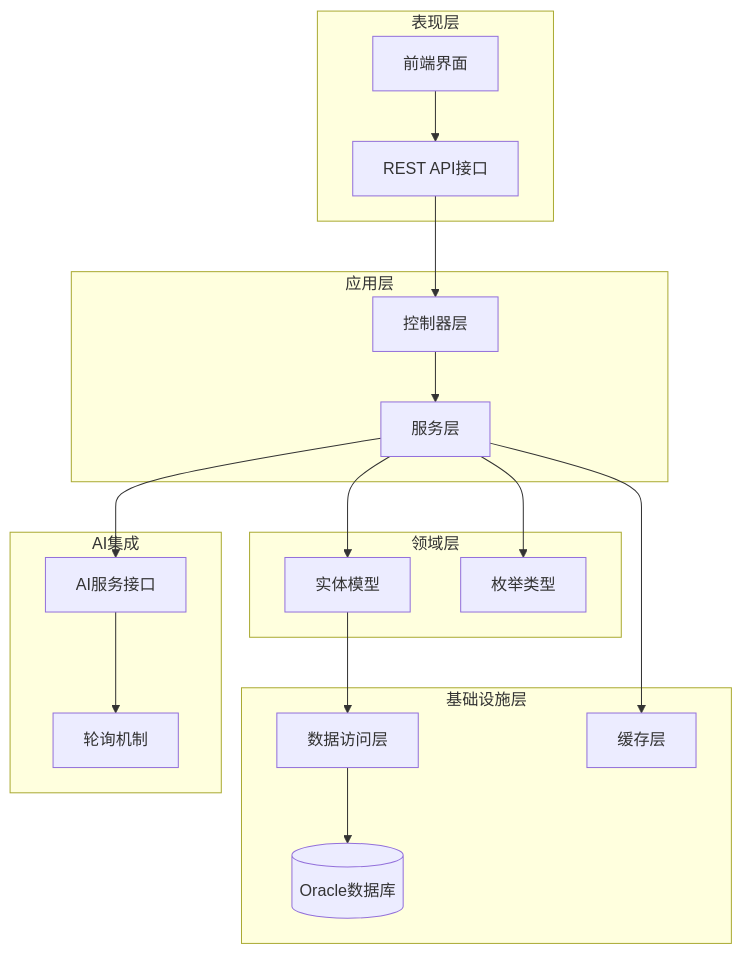
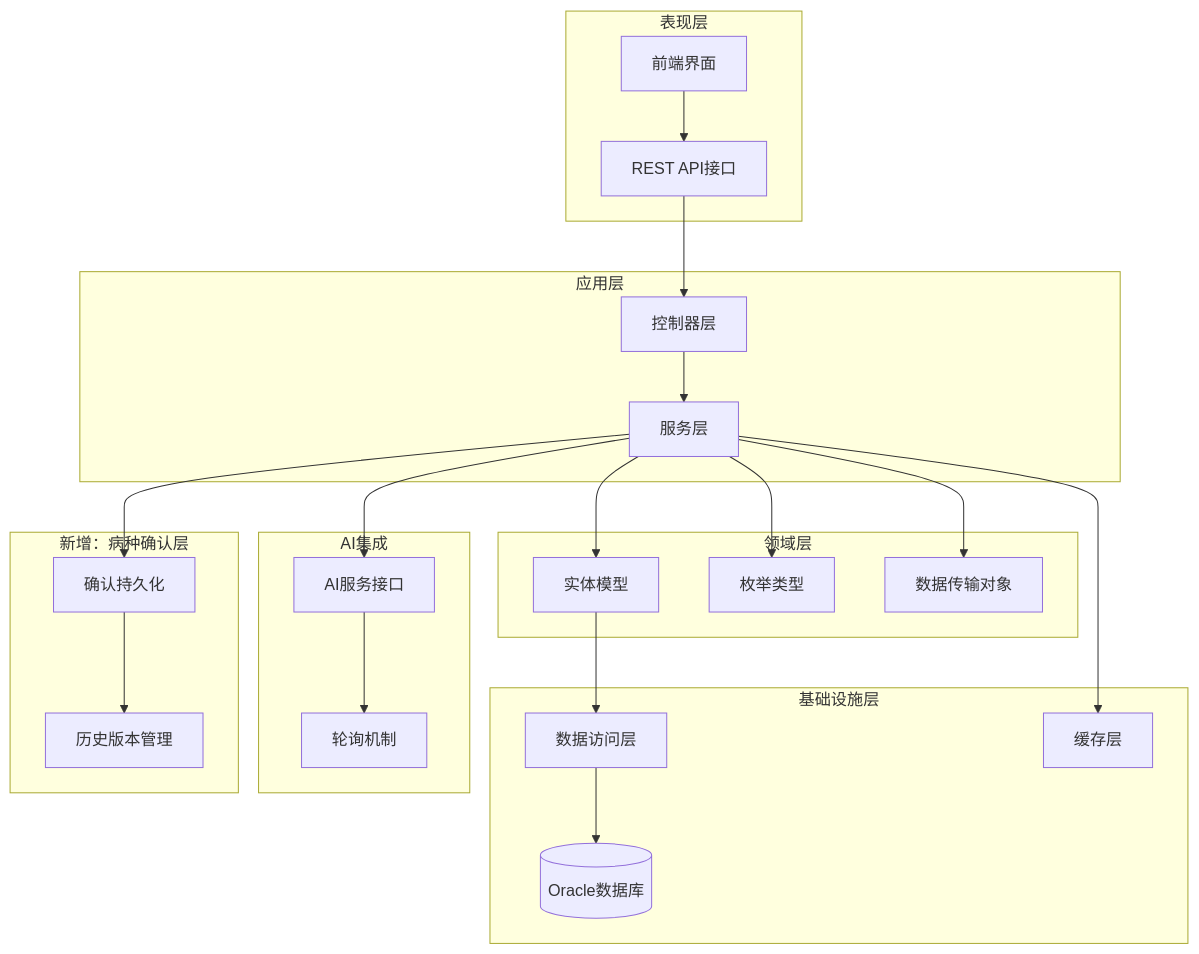
One commit to liuzh2008/med_ai_assistant_workspace changed the second of 10 diagrams in .qoder/repowiki/zh/content/QC评估引擎.md. Above: the diagram before and after it, drawn with Mermaid. The commit also changed other lines of this file and 5 other files, not shown here.

````diff
--- a/.qoder/repowiki/zh/content/QC评估引擎.md
+++ b/.qoder/repowiki/zh/content/QC评估引擎.md
@@ -111,34 +134,42 @@
 ```mermaid
 graph TB
 subgraph "表现层"
 UI[前端界面]
 API[REST API接口]
 end
 subgraph "应用层"
 CTRL[控制器层]
 SVC[服务层]
 end
 subgraph "领域层"
 MODEL[实体模型]
 ENUM[枚举类型]
+DTO[数据传输对象]
 end
 subgraph "基础设施层"
 REPO[数据访问层]
 DB[(Oracle数据库)]
 CACHE[缓存层]
 end
 UI --> API
 API --> CTRL
 CTRL --> SVC
 SVC --> MODEL
 SVC --> ENUM
+SVC --> DTO
 MODEL --> REPO
 REPO --> DB
 SVC --> CACHE
 subgraph "AI集成"
 AI[AI服务接口]
 POLL[轮询机制]
 end
 SVC --> AI
 AI --> POLL
+subgraph "新增：病种确认层"
+CONFIRM[确认持久化]
+HISTORY[历史版本管理]
+end
+SVC --> CONFIRM
+CONFIRM --> HISTORY
 ```
````
